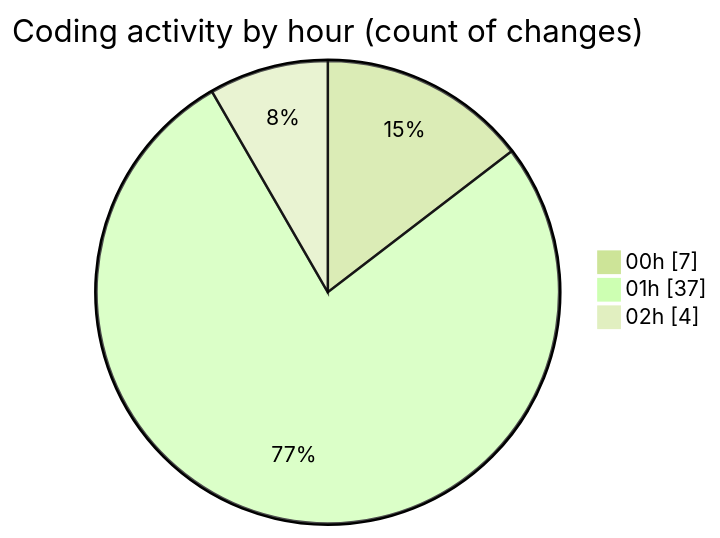
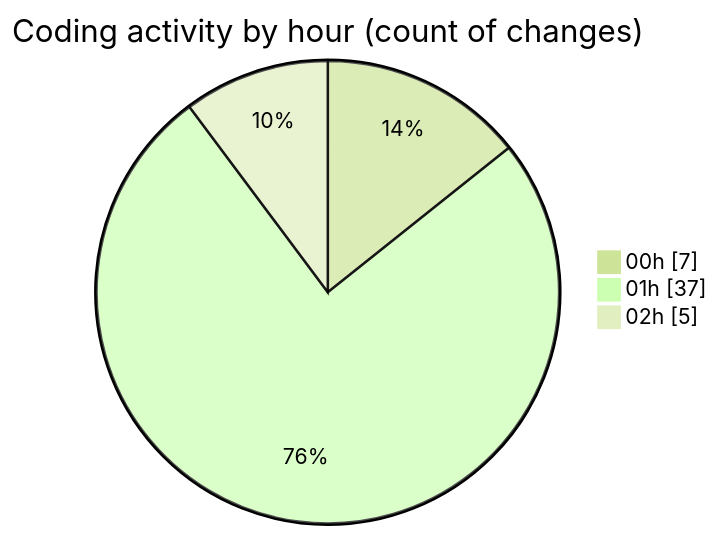
Before and after one commit to charlie-sans/code-tracking: the second of 2 diagrams in 2025-02-23/micros/README.md, drawn with Mermaid (forest theme). The commit also changed other lines of this file and 1 other file, not shown here.

````diff
--- a/2025-02-23/micros/README.md
+++ b/2025-02-23/micros/README.md
@@ -40,7 +41,7 @@
 ```mermaid
 pie showData
 title Coding activity by hour (count of changes)
 "00h" : 7
 "01h" : 37
-"02h" : 4
+"02h" : 5
 ```
````
